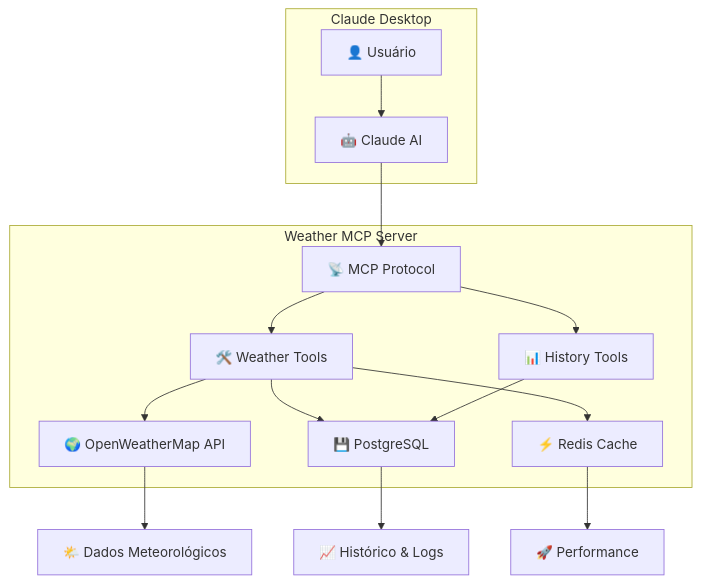
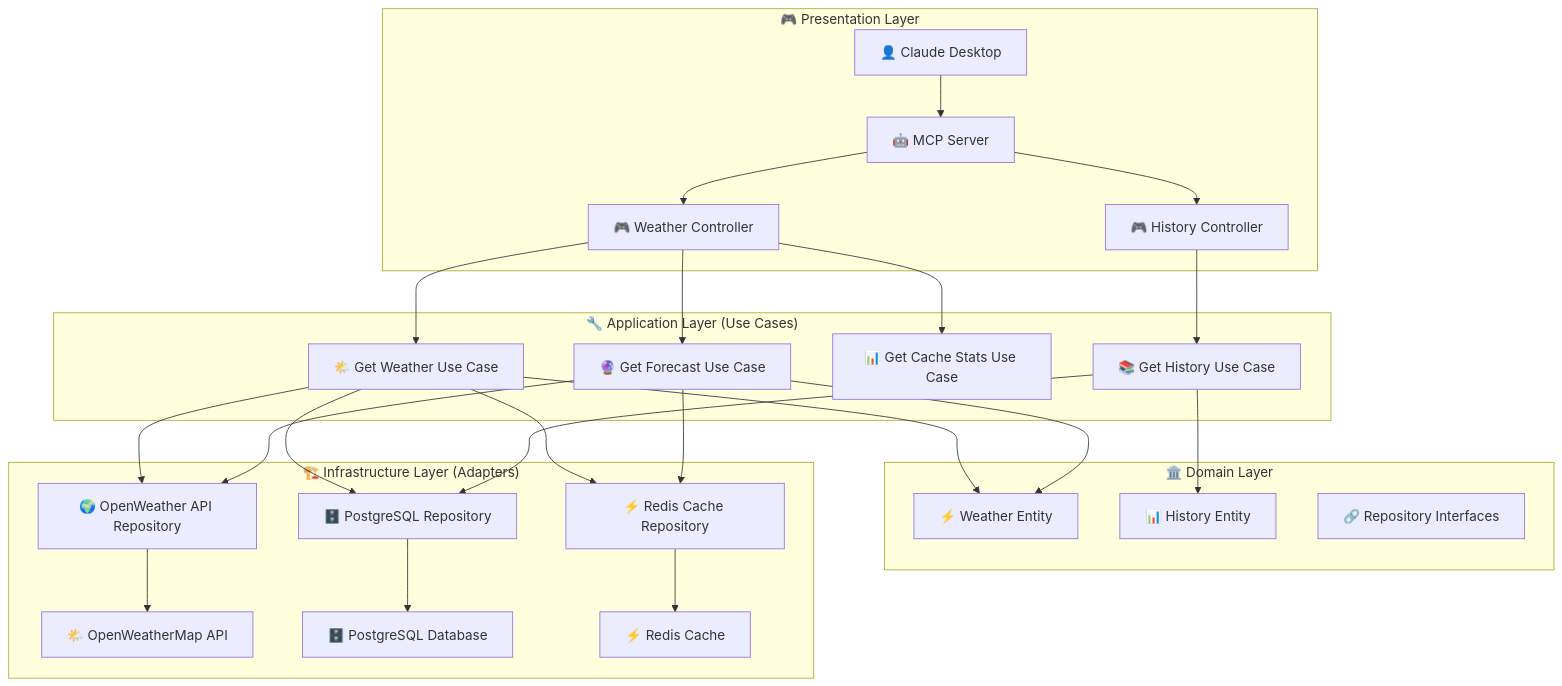
One commit to glaucia86/weather-mcp-server changed the diagram in README.md. Above: the diagram before and after it, drawn with Mermaid. The commit also changed other lines of this file, not shown here.

Commit message:
refactor: update README.md to reflect Clean Architecture and SOLID principles implementation

````diff
--- a/README.md
+++ b/README.md
@@ -79,20 +84,34 @@
 ```mermaid
 graph TB
-    subgraph "Claude Desktop"
-        A[👤 Usuário] --> B[🤖 Claude AI]
+    subgraph "🎮 Presentation Layer"
+        A[👤 Claude Desktop] --> B[🤖 MCP Server]
+        B --> C[🎮 Weather Controller]
+        B --> D[🎮 History Controller]
     end
     
-    subgraph "Weather MCP Server"
-        B --> C[📡 MCP Protocol]
-        C --> D[🛠️ Weather Tools]
-        C --> E[📊 History Tools]
-        D --> F[🌍 OpenWeatherMap API]
-        D --> G[💾 PostgreSQL]
-        E --> G
-        D --> H[⚡ Redis Cache]
+    subgraph "🔧 Application Layer (Use Cases)"
+        C --> E[🌤️ Get Weather Use Case]
+        C --> F[🔮 Get Forecast Use Case]  
+        C --> G[📊 Get Cache Stats Use Case]
+        D --> H[📚 Get History Use Case]
     end
     
-    F --> I[🌤️ Dados Meteorológicos]
-    G --> J[📈 Histórico & Logs]
-    H --> K[🚀 Performance]
+    subgraph "🏛️ Domain Layer"
+        E --> I[⚡ Weather Entity]
+        F --> I
+        H --> J[📊 History Entity]
+        K[🔗 Repository Interfaces]
+    end
+    
+    subgraph "🏗️ Infrastructure Layer (Adapters)"
+        E --> L[🌍 OpenWeather API Repository]
+        E --> M[🗄️ PostgreSQL Repository]
+        E --> N[⚡ Redis Cache Repository]
+        F --> L
+        F --> N
+        H --> M
+        L --> O[🌤️ OpenWeatherMap API]
+        M --> P[🗄️ PostgreSQL Database]
+        N --> Q[⚡ Redis Cache]
+    end
 ```
````
